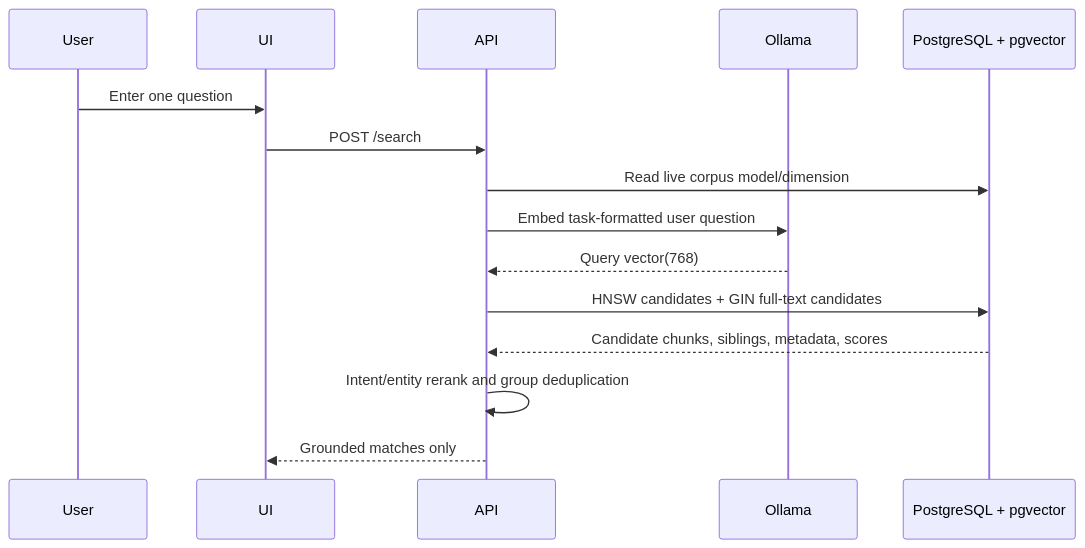
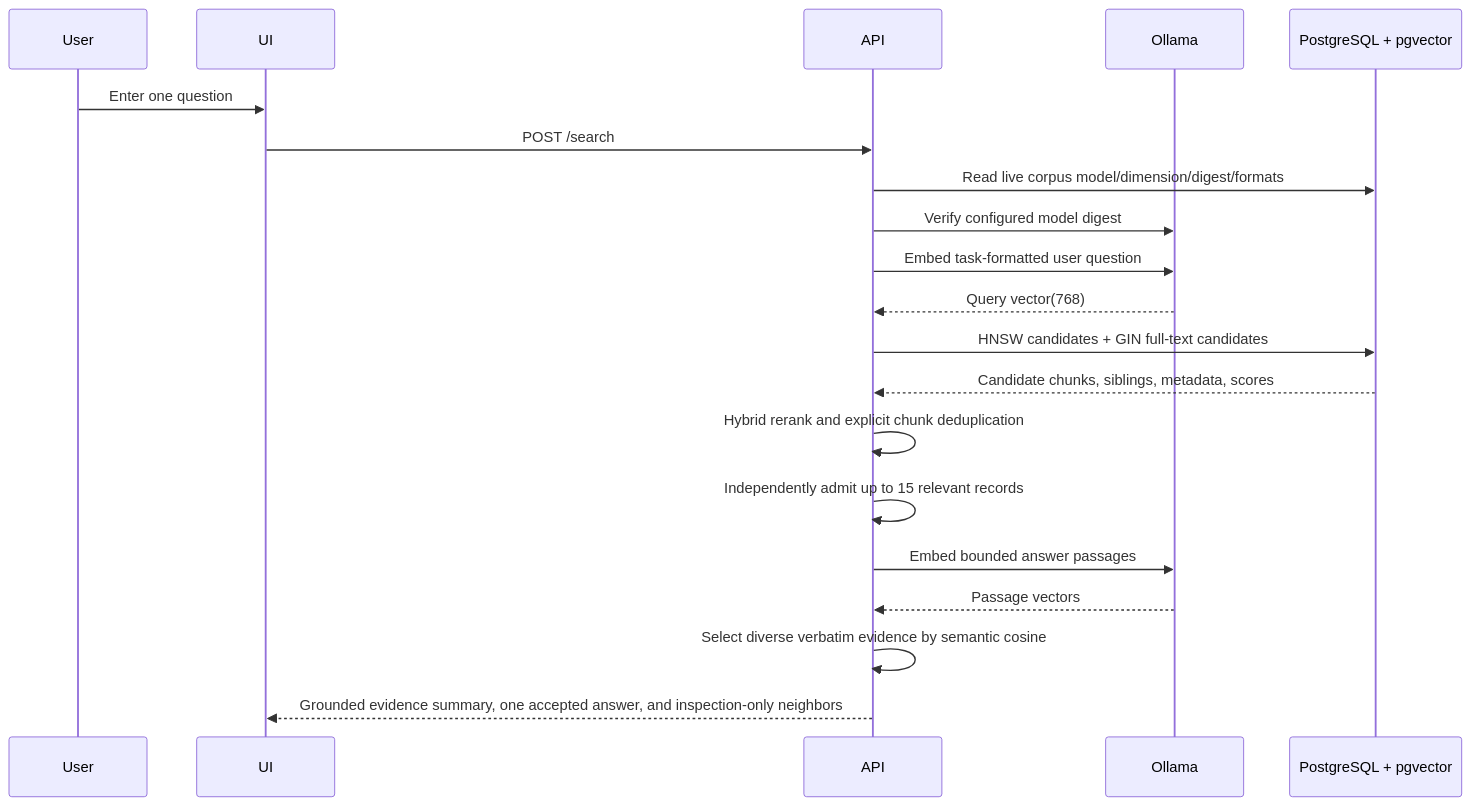
The fourth of 4 diagrams in semantic-qa/ARCHITECTURE.md (Ramakanth001/tools), drawn with Mermaid before and after one commit. The commit also changed other lines of this file and 1 other file, not shown here.

Commit message:
docs(semantic-qa): document retrieval v3 and grounded summaries

````diff
--- a/semantic-qa/ARCHITECTURE.md
+++ b/semantic-qa/ARCHITECTURE.md
@@ -487,18 +491,23 @@
 ```mermaid
 sequenceDiagram
     participant User
     participant UI
     participant API
     participant Ollama
     participant PG as PostgreSQL + pgvector
 
     User->>UI: Enter one question
     UI->>API: POST /search
-    API->>PG: Read live corpus model/dimension
+    API->>PG: Read live corpus model/dimension/digest/formats
+    API->>Ollama: Verify configured model digest
     API->>Ollama: Embed task-formatted user question
     Ollama-->>API: Query vector(768)
     API->>PG: HNSW candidates + GIN full-text candidates
     PG-->>API: Candidate chunks, siblings, metadata, scores
-    API->>API: Intent/entity rerank and group deduplication
-    API-->>UI: Grounded matches only
+    API->>API: Hybrid rerank and explicit chunk deduplication
+    API->>API: Independently admit up to 15 relevant records
+    API->>Ollama: Embed bounded answer passages
+    Ollama-->>API: Passage vectors
+    API->>API: Select diverse verbatim evidence by semantic cosine
+    API-->>UI: Grounded evidence summary, one accepted answer, and inspection-only neighbors
 ```
````
